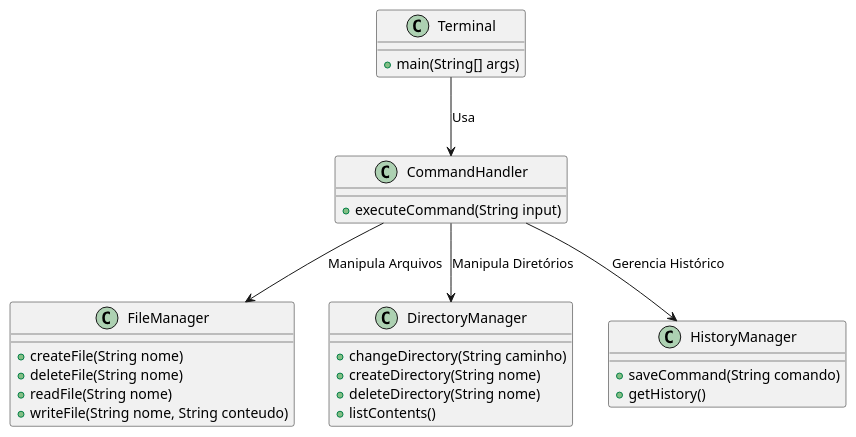
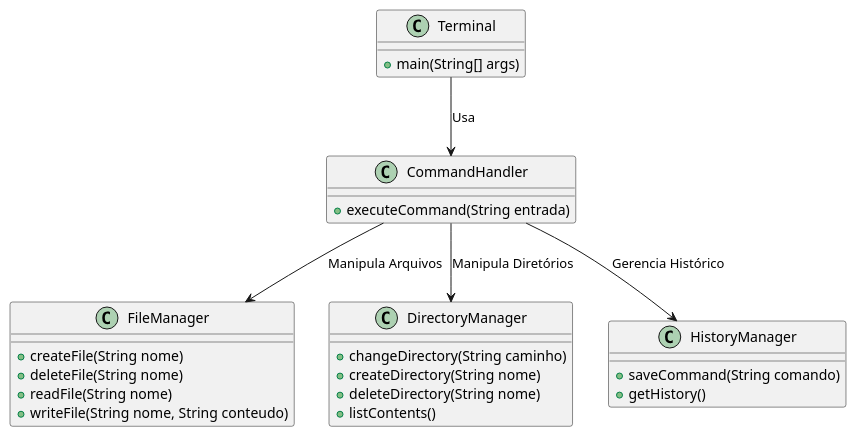
One commit to nashnaeu/projeto-terminal-java changed the diagram in docs/uml/diagrama.puml. Above: the diagram before and after it, drawn with PlantUML. The commit also changed 7 other files, not shown here.

```diff
--- a/docs/uml/diagrama.puml
+++ b/docs/uml/diagrama.puml
@@ -1,34 +1,34 @@
 @startuml diagrama
 class Terminal {
     +main(String[] args)
 }
 
 class CommandHandler {
-    +executeCommand(String input)
+    +executeCommand(String entrada)
 }
 
 class FileManager {
     +createFile(String nome)
     +deleteFile(String nome)
     +readFile(String nome)
     +writeFile(String nome, String conteudo)
 }
 
 class DirectoryManager {
     +changeDirectory(String caminho)
     +createDirectory(String nome)
     +deleteDirectory(String nome)
     +listContents()
 }
 
 class HistoryManager {
     +saveCommand(String comando)
     +getHistory()
 }
 
 Terminal --> CommandHandler : "Usa"
 CommandHandler --> FileManager : "Manipula Arquivos"
 CommandHandler --> DirectoryManager : "Manipula Diretórios"
 CommandHandler --> HistoryManager : "Gerencia Histórico"
 
 @enduml
```
